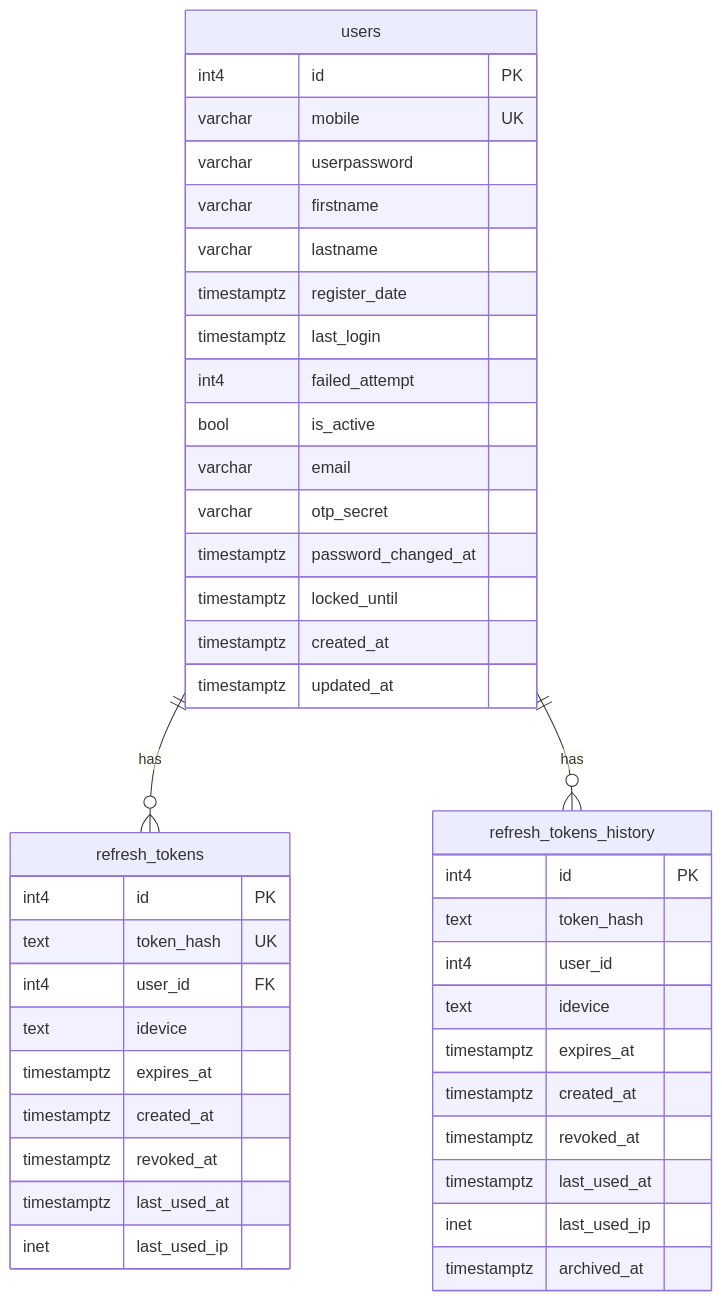
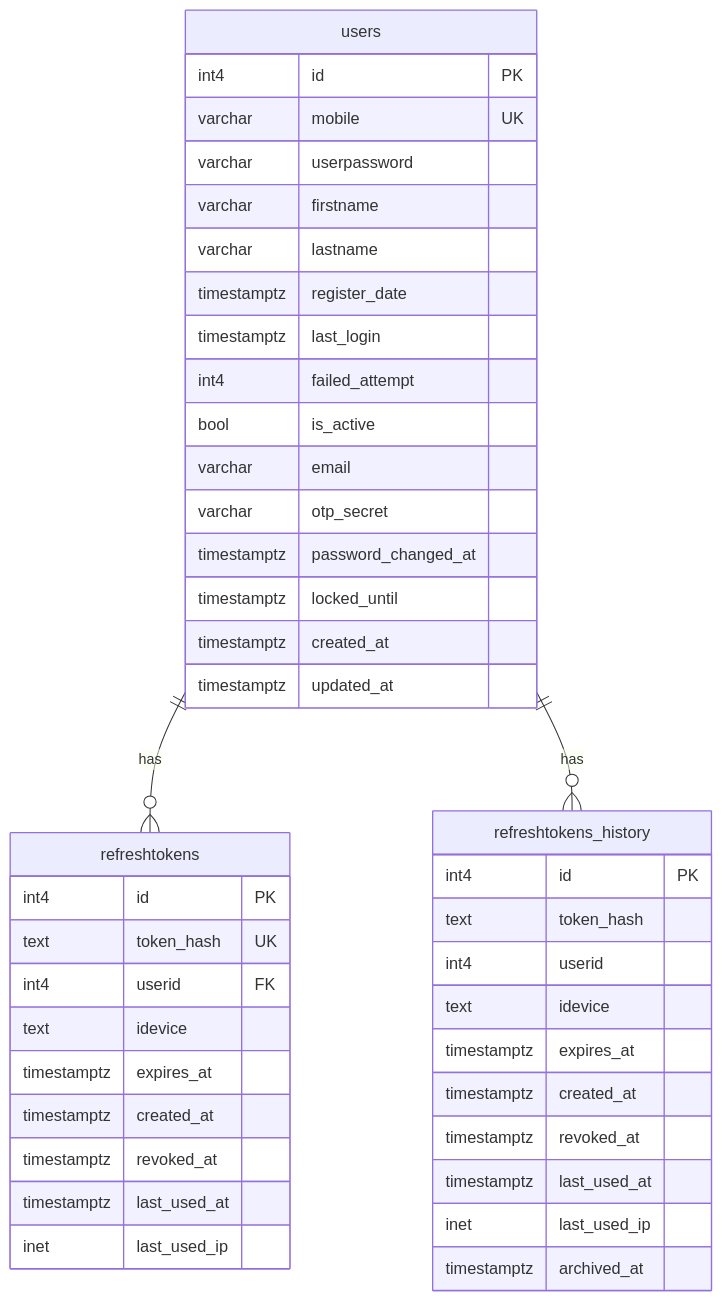
One commit to M9020120014/Next-Pelak changed the first of 2 diagrams in DATABASE.md. Above: the diagram before and after it, drawn with Mermaid. The commit also changed other lines of this file and 118 other files, not shown here.

````diff
--- a/DATABASE.md
+++ b/DATABASE.md
@@ -42,48 +62,48 @@
 ```mermaid
 erDiagram
-    users ||--o{ refresh_tokens : "has"
-    users ||--o{ refresh_tokens_history : "has"
+    users ||--o{ refreshtokens : "has"
+    users ||--o{ refreshtokens_history : "has"
     
     users {
         int4 id PK
         varchar mobile UK
         varchar userpassword
         varchar firstname
         varchar lastname
         timestamptz register_date
         timestamptz last_login
         int4 failed_attempt
         bool is_active
         varchar email
         varchar otp_secret
         timestamptz password_changed_at
         timestamptz locked_until
         timestamptz created_at
         timestamptz updated_at
     }
     
-    refresh_tokens {
+    refreshtokens {
         int4 id PK
         text token_hash UK
-        int4 user_id FK
+        int4 userid FK
         text idevice
         timestamptz expires_at
         timestamptz created_at
         timestamptz revoked_at
         timestamptz last_used_at
         inet last_used_ip
     }
     
-    refresh_tokens_history {
+    refreshtokens_history {
         int4 id PK
         text token_hash
-        int4 user_id
+        int4 userid
         text idevice
         timestamptz expires_at
         timestamptz created_at
         timestamptz revoked_at
         timestamptz last_used_at
         inet last_used_ip
         timestamptz archived_at
     }
 ```
````
